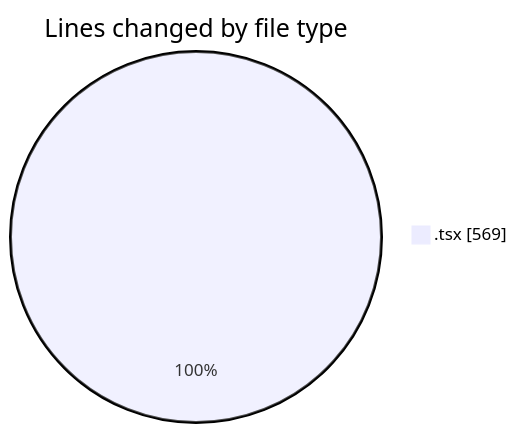
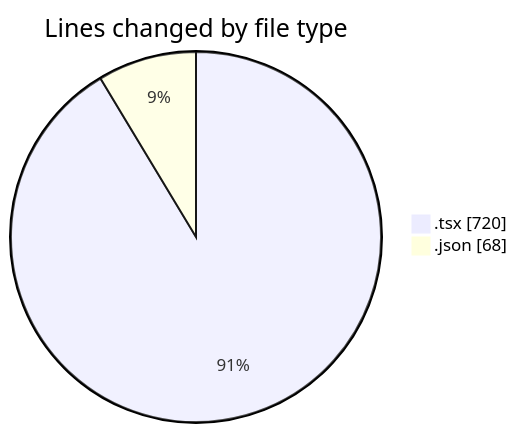
One commit to momahboobian/code-tracking changed the first of 2 diagrams in 2026-05-12/cda/README.md. Above: the diagram before and after it, drawn with Mermaid. The commit also changed other lines of this file and 1 other file, not shown here.

````diff
--- a/2026-05-12/cda/README.md
+++ b/2026-05-12/cda/README.md
@@ -20,5 +21,6 @@
 ```mermaid
 pie showData
 title Lines changed by file type
-".tsx" : 569
+".tsx" : 720
+".json" : 68
 ```
````
